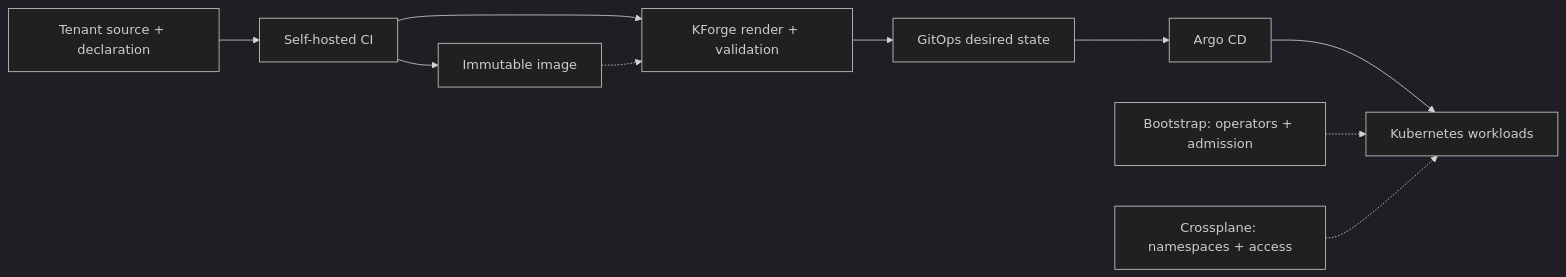
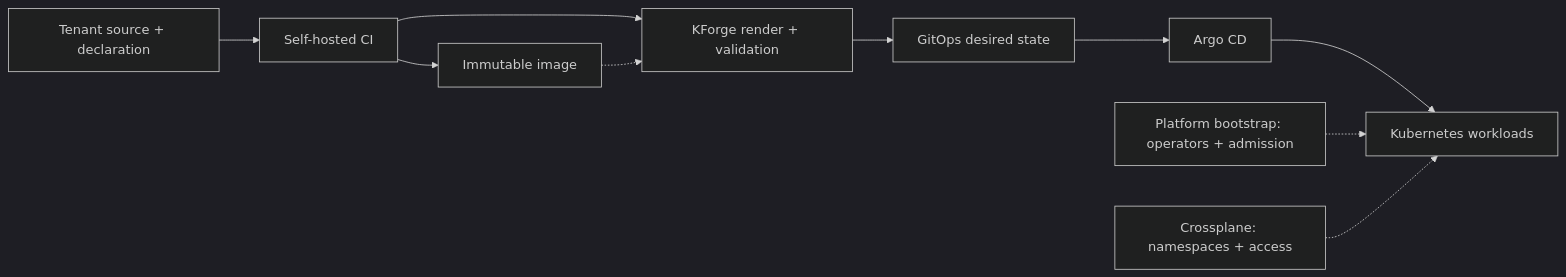
Before and after one commit to MrDaggubati/infer-blog: the fourth of 8 diagrams in content/blog/opendp-kubernetes-paved-paths/article.md, drawn with Mermaid (dark theme). The commit also changed other lines of this file and 1 other file, not shown here.

Commit message:
feat(platform): OpenDP solution image update

````diff
--- a/content/blog/opendp-kubernetes-paved-paths/article.md
+++ b/content/blog/opendp-kubernetes-paved-paths/article.md
@@ -104,12 +257,12 @@
 ```mermaid
 flowchart LR
     SOURCE["Tenant source + declaration"] --> CI["Self-hosted CI"]
     CI --> IMAGE["Immutable image"]
     CI --> K["KForge render + validation"]
     IMAGE -.-> K
     K --> GIT["GitOps desired state"]
     GIT --> ARGO["Argo CD"]
     ARGO --> RES["Kubernetes workloads"]
-    BOOT["Bootstrap: operators + admission"] -.-> RES
+    BOOT["Platform bootstrap: operators + admission"] -.-> RES
     TEN["Crossplane: namespaces + access"] -.-> RES
 ```
````
